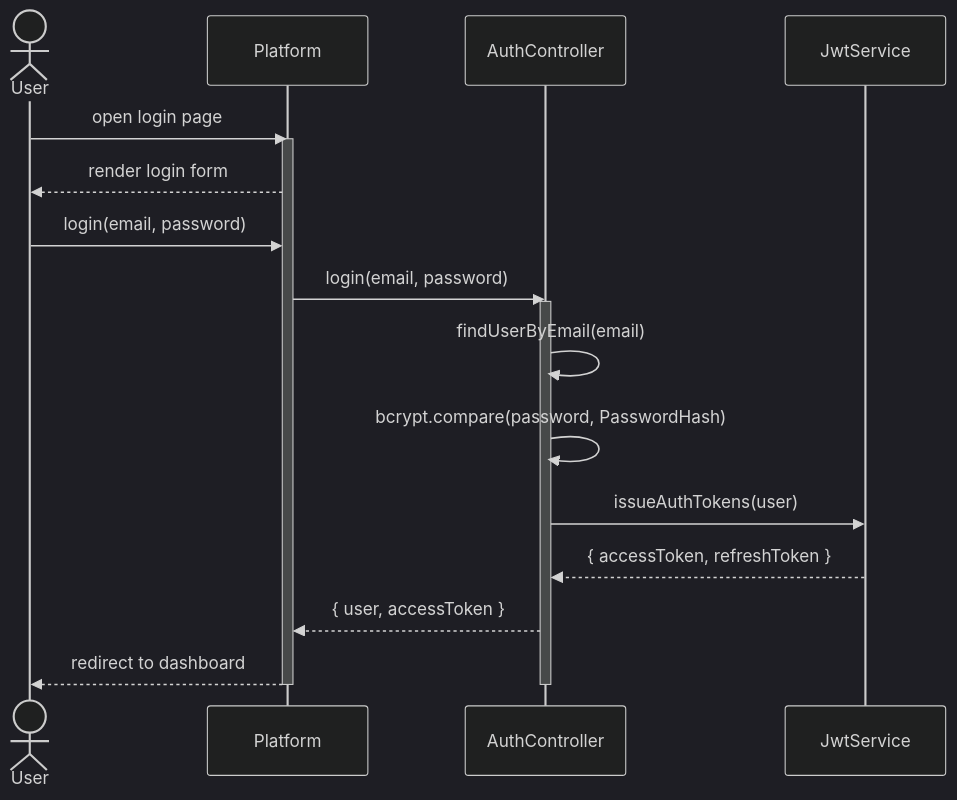
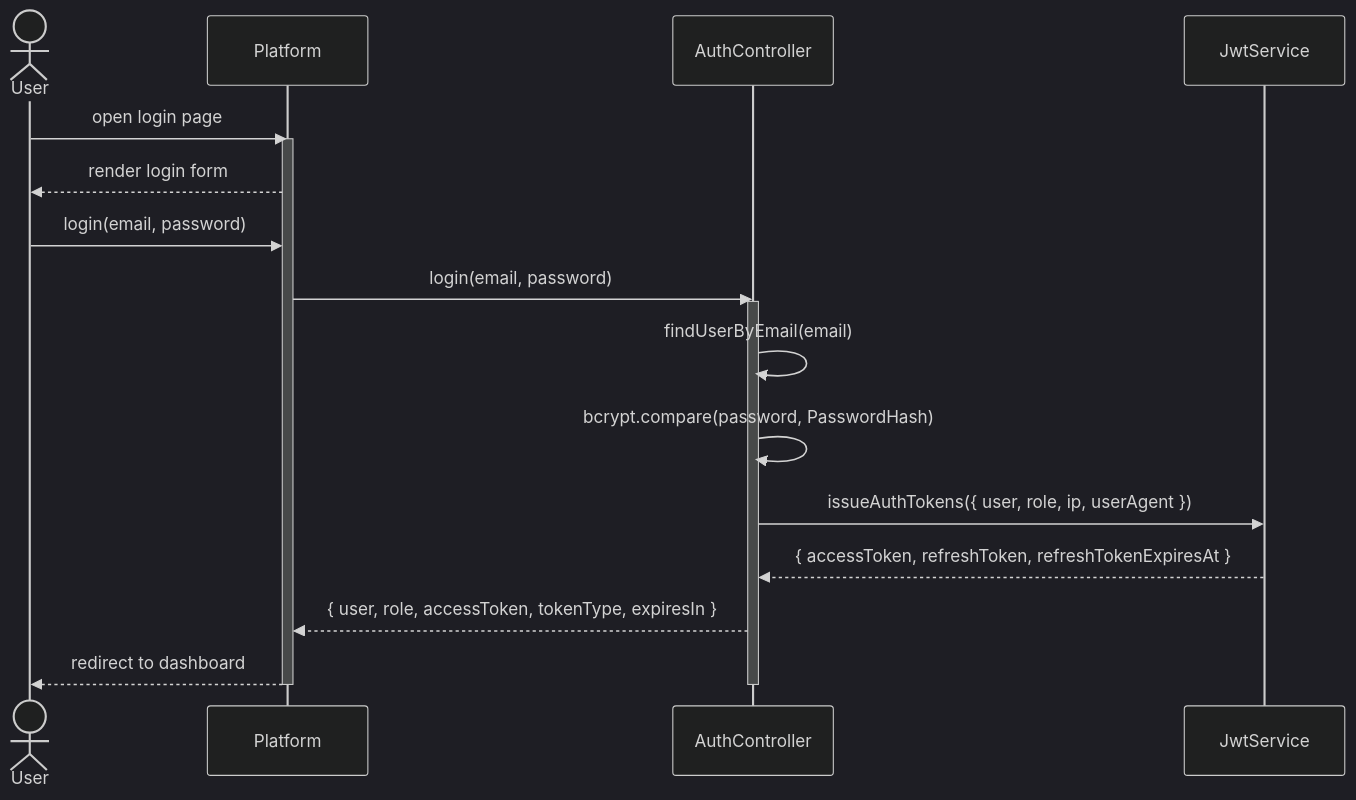
Before and after one commit to NovaLogic-Systems/gestArtes-docs: the first of 23 diagrams in diagrams/Sequence Diagram/sequencediagram.md, drawn with Mermaid (dark theme). The commit also changed other lines of this file and 4 other files, not shown here.

````diff
--- a/diagrams/Sequence Diagram/sequencediagram.md
+++ b/diagrams/Sequence Diagram/sequencediagram.md
@@ -3,22 +3,22 @@
 ```mermaid
 sequenceDiagram
     actor User
     participant Platform as Platform
     participant AuthController as AuthController
     participant JwtService as JwtService
 
     User->>Platform: open login page
     activate Platform
     Platform-->>User: render login form
     User->>Platform: login(email, password)
     Platform->>AuthController: login(email, password)
     activate AuthController
     AuthController->>AuthController: findUserByEmail(email)
     AuthController->>AuthController: bcrypt.compare(password, PasswordHash)
-    AuthController->>JwtService: issueAuthTokens(user)
-    JwtService-->>AuthController: { accessToken, refreshToken }
-    AuthController-->>Platform: { user, accessToken }
+    AuthController->>JwtService: issueAuthTokens({ user, role, ip, userAgent })
+    JwtService-->>AuthController: { accessToken, refreshToken, refreshTokenExpiresAt }
+    AuthController-->>Platform: { user, role, accessToken, tokenType, expiresIn }
     Platform-->>User: redirect to dashboard
     deactivate AuthController
     deactivate Platform
 ```
````
